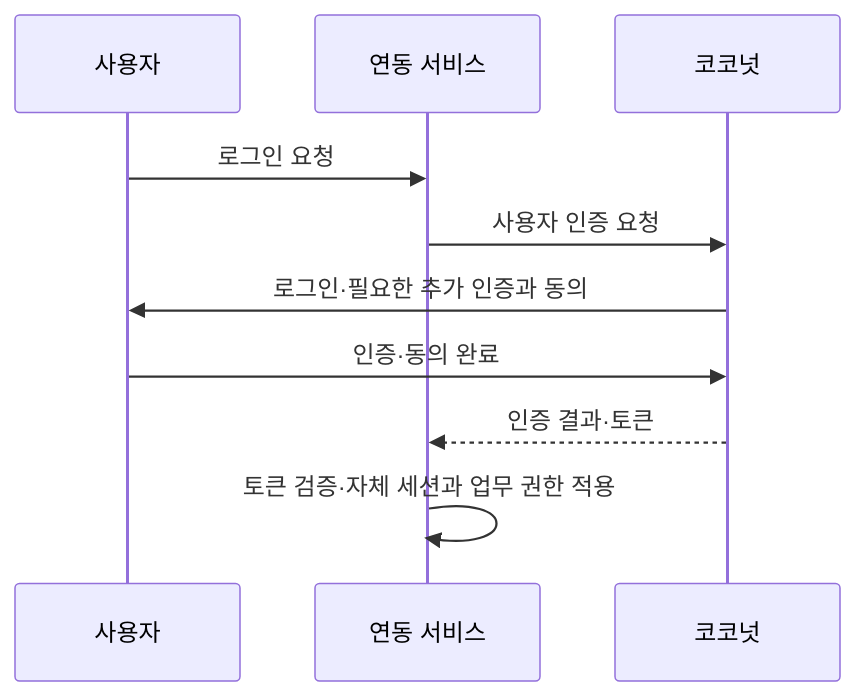
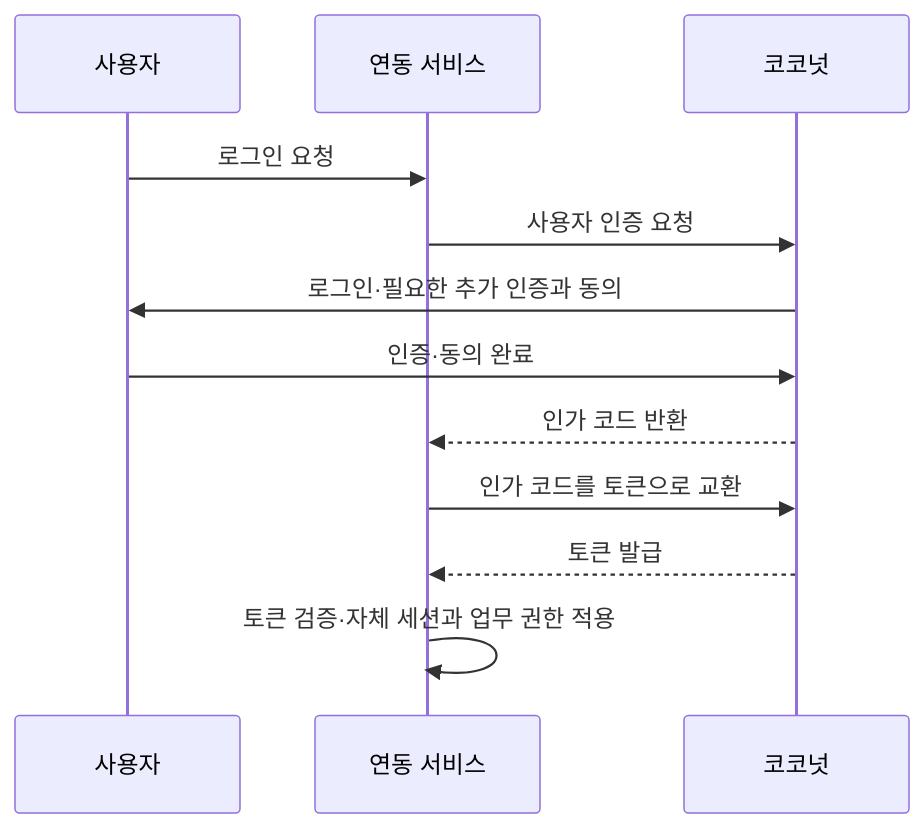
The first of 4 diagrams in docs/coconut-updates.md (fourberry/home), drawn with Mermaid before and after one commit. The commit also changed other lines of this file and 2 other files, not shown here.

````diff
--- a/docs/coconut-updates.md
+++ b/docs/coconut-updates.md
@@ -34,12 +50,14 @@
 ```mermaid
 sequenceDiagram
     participant U as 사용자
     participant S as 연동 서비스
     participant C as 코코넛
     U->>S: 로그인 요청
     S->>C: 사용자 인증 요청
     C->>U: 로그인·필요한 추가 인증과 동의
     U->>C: 인증·동의 완료
-    C-->>S: 인증 결과·토큰
+    C-->>S: 인가 코드 반환
+    S->>C: 인가 코드를 토큰으로 교환
+    C-->>S: 토큰 발급
     S->>S: 토큰 검증·자체 세션과 업무 권한 적용
 ```
````
